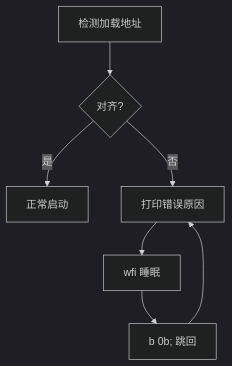
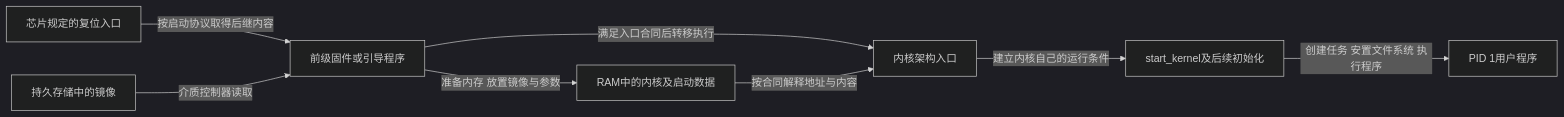
One commit to FormingSystem/linux_note changed the first of 2 diagrams in publications/books/running_linux_kernel/P03_内核引导和初始化.md. Above: the diagram before and after it, drawn with Mermaid (dark theme). The commit also changed other lines of this file and 3 other files, not shown here.

````diff
--- a/publications/books/running_linux_kernel/P03_内核引导和初始化.md
+++ b/publications/books/running_linux_kernel/P03_内核引导和初始化.md
@@ -290,9 +23,10 @@
 ```mermaid
-flowchart TD
-    A[检测加载地址] --> B{对齐?}
-    B -->|是| C[正常启动]
-    B -->|否| D[打印错误原因]
-    D --> E[wfi 睡眠]
-    E --> F[b 0b; 跳回]
-    F --> D
+flowchart LR
+    R[芯片规定的复位入口] -->|按启动协议取得后继内容| F[前级固件或引导程序]
+    S[持久存储中的镜像] -->|介质控制器读取| F
+    F -->|准备内存 放置镜像与参数| M[RAM中的内核及启动数据]
+    F -->|满足入口合同后转移执行| K[内核架构入口]
+    M -->|按合同解释地址与内容| K
+    K -->|建立内核自己的运行条件| C[start_kernel及后续初始化]
+    C -->|创建任务 安置文件系统 执行程序| U[PID 1用户程序]
 ```
````
